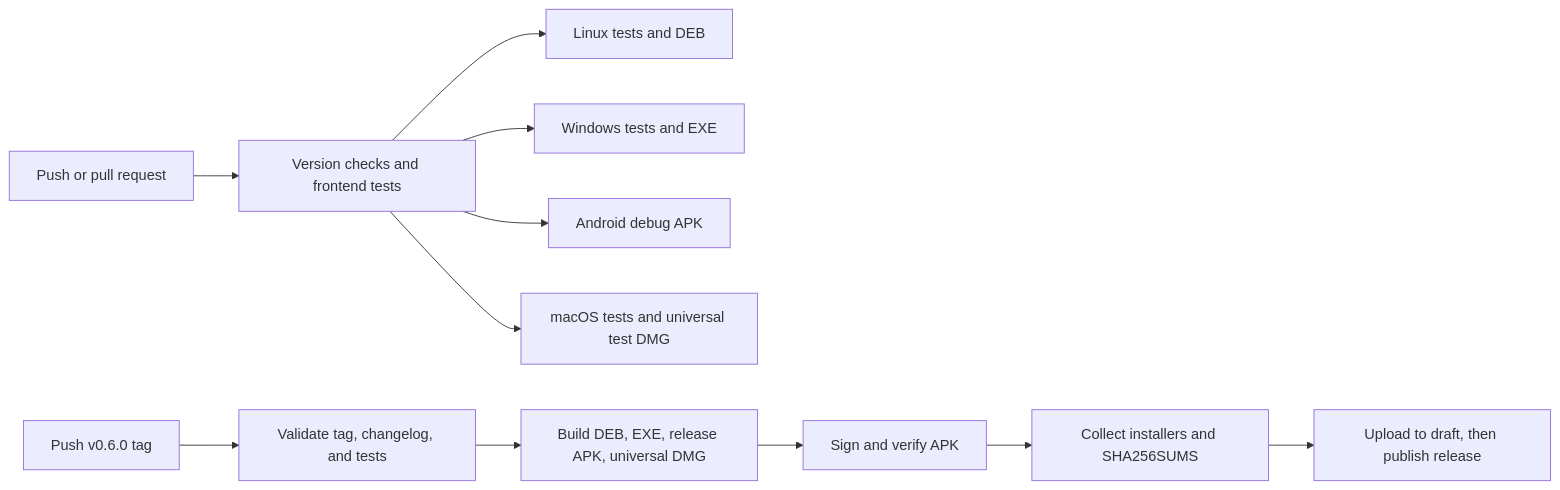
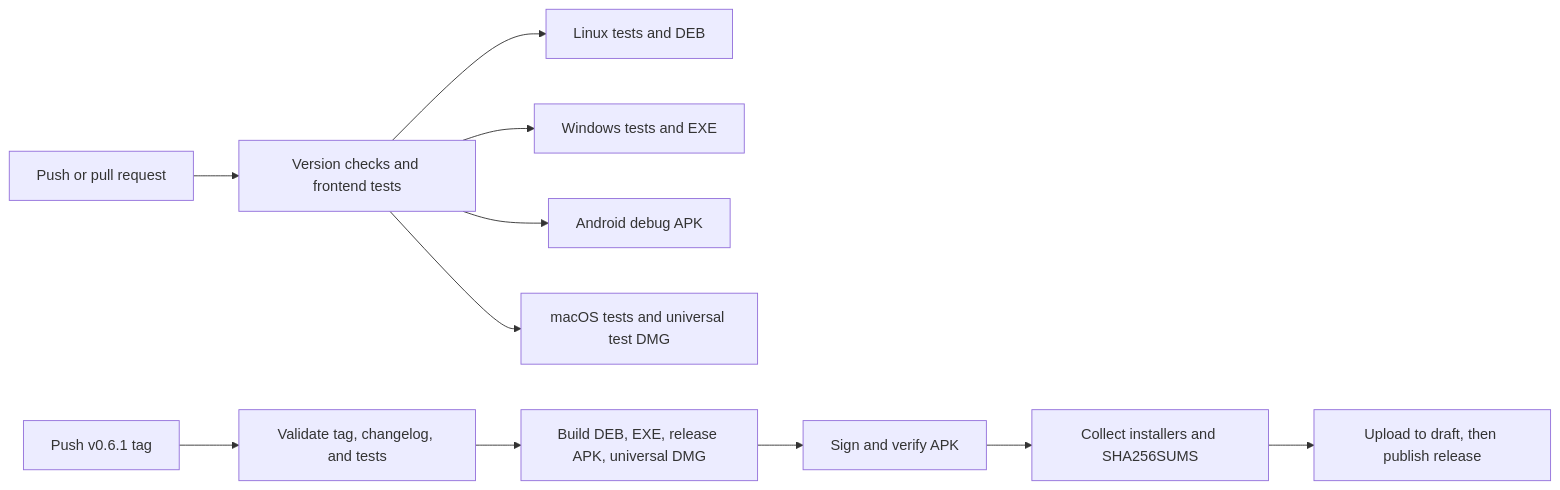
Before and after one commit to shahabbai/PulseDrop: the diagram in docs/github-releases.md, drawn with Mermaid. The commit also changed other lines of this file and 24 other files, not shown here.

````diff
--- a/docs/github-releases.md
+++ b/docs/github-releases.md
@@ -9,13 +9,13 @@
 ```mermaid
 flowchart LR
     A[Push or pull request] --> B[Version checks and frontend tests]
     B --> C[Linux tests and DEB]
     B --> D[Windows tests and EXE]
     B --> E[Android debug APK]
     B --> M[macOS tests and universal test DMG]
-    F[Push v0.6.0 tag] --> G[Validate tag, changelog, and tests]
+    F[Push v0.6.1 tag] --> G[Validate tag, changelog, and tests]
     G --> H[Build DEB, EXE, release APK, universal DMG]
     H --> I[Sign and verify APK]
     I --> J[Collect installers and SHA256SUMS]
     J --> K[Upload to draft, then publish release]
 ```
````
